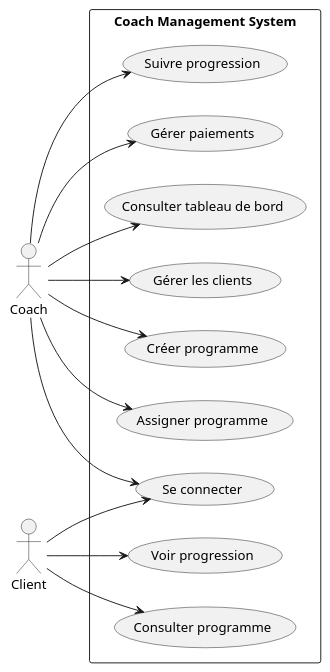
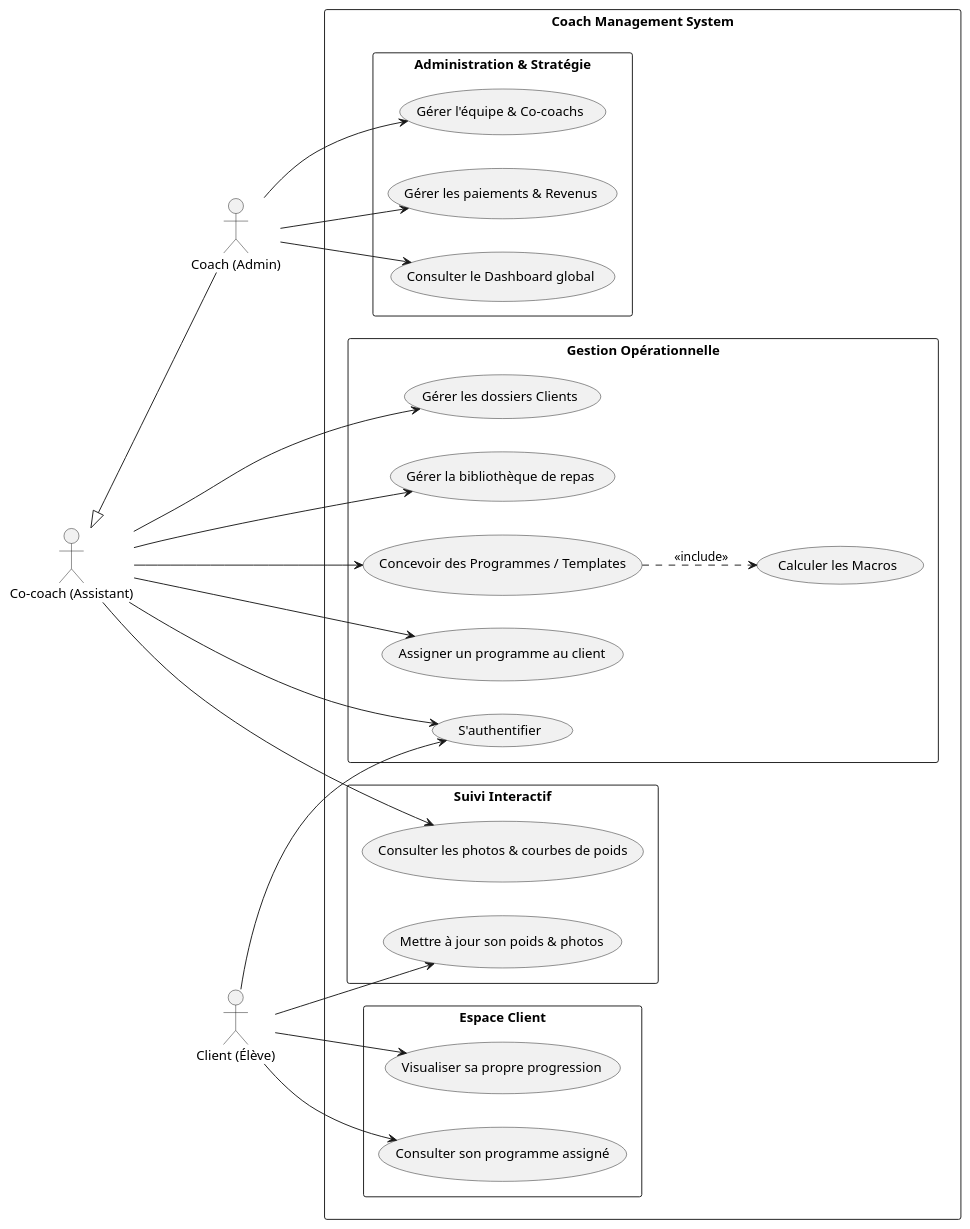
The diagram in Analyse/usecase-diagramme/global-use-case.plantuml (BenTaleb-Mehdi/Project-PFE), drawn with PlantUML before and after one commit.

Commit message:
Refactor use case diagram with updated actors and packages

```diff
--- a/Analyse/usecase-diagramme/global-use-case.plantuml
+++ b/Analyse/usecase-diagramme/global-use-case.plantuml
@@ -1,22 +1,41 @@
 @startuml
 left to right direction
+skinparam packageStyle rectangle
+skinparam shadowing false
 
-actor Coach
-actor Client
+actor "Coach (Admin)" as Admin
+actor "Co-coach (Assistant)" as Staff
+actor "Client (Élève)" as Client
+
+' الإرث: الكوتش يمتلك تلقائياً جميع صلاحيات المساعد
+Staff <|-- Admin
 
 rectangle "Coach Management System" {
+  
+  package "Administration & Stratégie" {
+    Admin --> (Gérer l'équipe & Co-coachs)
+    Admin --> (Gérer les paiements & Revenus)
+    Admin --> (Consulter le Dashboard global)
+  }
+  
+  package "Gestion Opérationnelle" {
+    Staff --> (S'authentifier)
+    Staff --> (Gérer les dossiers Clients)
+    Staff --> (Gérer la bibliothèque de repas)
+    Staff --> (Concevoir des Programmes / Templates)
+    (Concevoir des Programmes / Templates) ..> (Calculer les Macros) : <<include>>
+    Staff --> (Assigner un programme au client)
+  }
 
-  Coach --> (Se connecter)
-  Coach --> (Gérer les clients)
-  Coach --> (Créer programme)
-  Coach --> (Assigner programme)
-  Coach --> (Suivre progression)
-  Coach --> (Gérer paiements)
-  Coach --> (Consulter tableau de bord)
+  package "Suivi Interactif" {
+    Staff --> (Consulter les photos & courbes de poids)
+    Client --> (Mettre à jour son poids & photos)
+  }
 
-  Client --> (Se connecter)
-  Client --> (Consulter programme)
-  Client --> (Voir progression)
+  package "Espace Client" {
+    Client --> (S'authentifier)
+    Client --> (Consulter son programme assigné)
+    Client --> (Visualiser sa propre progression)
+  }
 }
-
 @enduml
```
